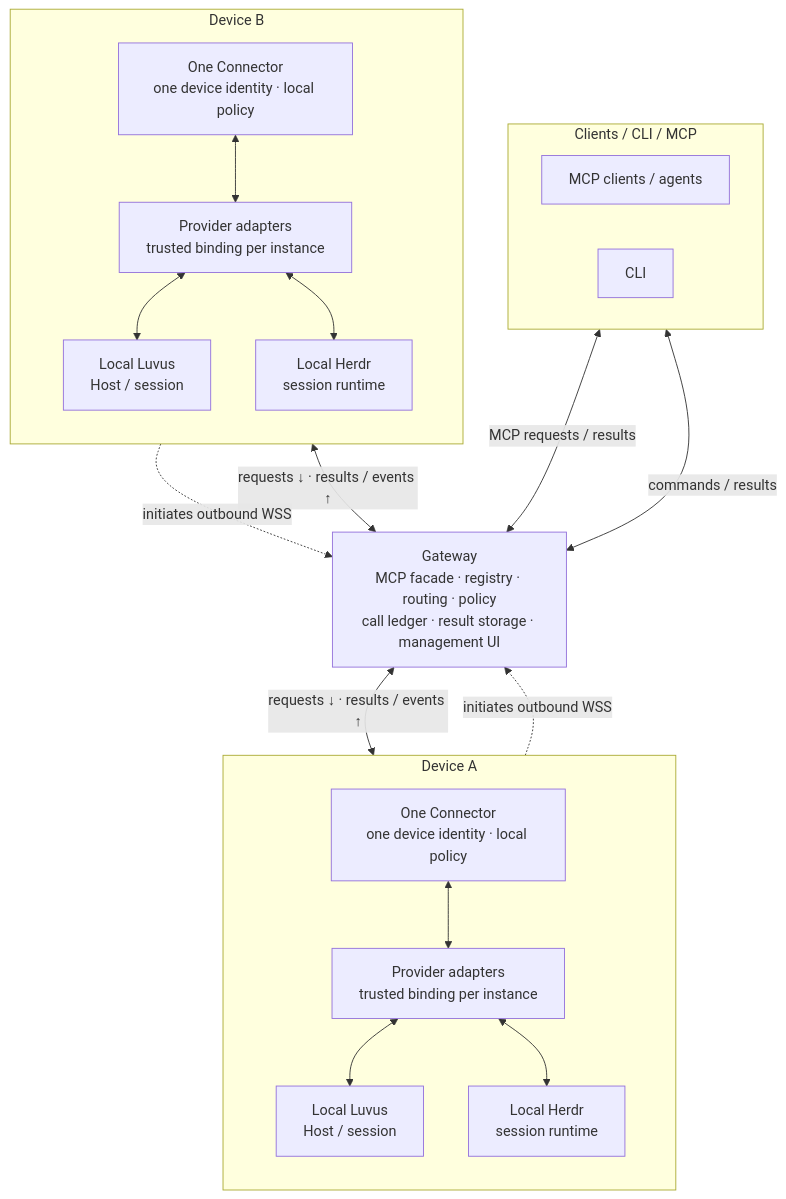
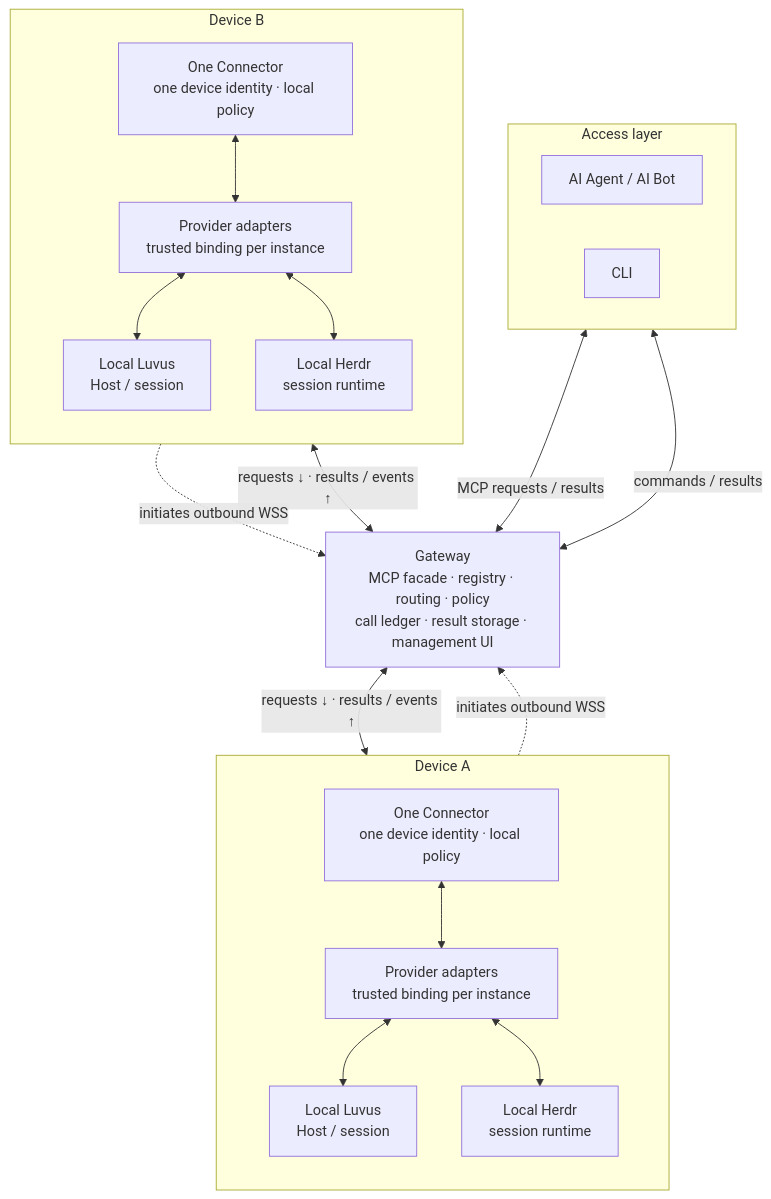
The diagram in docs/assets/architecture/target.en.mmd (ArnoChenFx/Rovloom), drawn with Mermaid before and after one commit. The commit also changed 4 other files, not shown here.

Commit message:
docs: identify README access targets as AI Agent and AI Bot

```diff
--- a/docs/assets/architecture/target.en.mmd
+++ b/docs/assets/architecture/target.en.mmd
@@ -1,37 +1,37 @@
 flowchart TB
-  subgraph CLIENTS["Clients / CLI / MCP"]
+  subgraph ACCESS["Access layer"]
     direction LR
-    MCP["MCP clients / agents"]
+    AI["AI Agent / AI Bot"]
     CLI["CLI"]
   end
 
   GW["Gateway<br/>MCP facade · registry · routing · policy<br/>call ledger · result storage · management UI"]
 
   subgraph DEVICE_A["Device A"]
     direction TB
     CA["One Connector<br/>one device identity · local policy"]
     PA["Provider adapters<br/>trusted binding per instance"]
     LA["Local Luvus<br/>Host / session"]
     HA["Local Herdr<br/>session runtime"]
     CA <--> PA
     PA <--> LA
     PA <--> HA
   end
 
   subgraph DEVICE_B["Device B"]
     direction TB
     CB["One Connector<br/>one device identity · local policy"]
     PB["Provider adapters<br/>trusted binding per instance"]
     LB["Local Luvus<br/>Host / session"]
     HB["Local Herdr<br/>session runtime"]
     CB <--> PB
     PB <--> LB
     PB <--> HB
   end
 
-  MCP <-->|"MCP requests / results"| GW
+  AI <-->|"MCP requests / results"| GW
   CLI <-->|"commands / results"| GW
   GW <-->|"requests ↓ · results / events ↑"| CA
   GW <-->|"requests ↓ · results / events ↑"| CB
   CA -.->|"initiates outbound WSS"| GW
   CB -.->|"initiates outbound WSS"| GW
```
